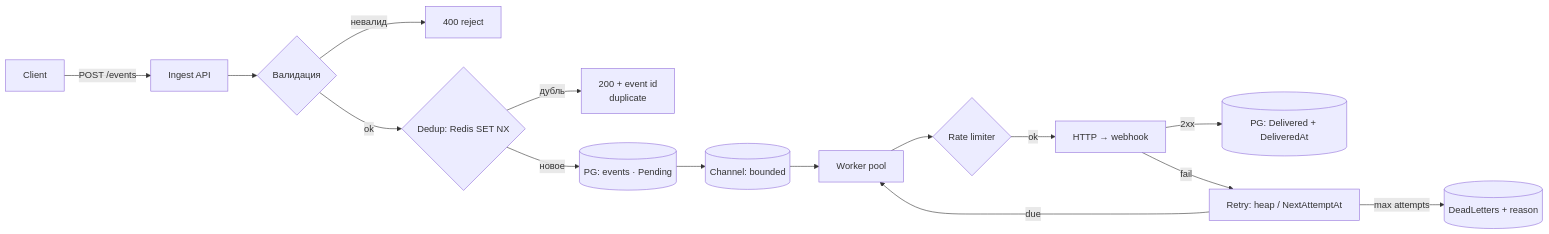
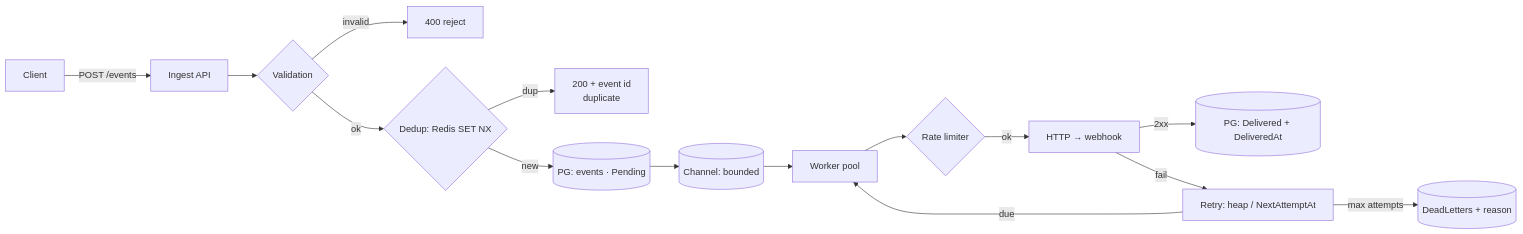
One commit to ezpectus/webhook-engine changed the second of 6 diagrams in docs/diagrams/system.md. Above: the diagram before and after it, drawn with Mermaid. The commit also changed other lines of this file and 28 other files, not shown here.

Commit message:
repo hygiene: RU mirrors + workflow docs → .devin/ (gitignored), failure-boundary map extracted to docs/, diagrams/system.md translated EN, README/authorship section

````diff
--- a/docs/diagrams/system.md
+++ b/docs/diagrams/system.md
@@ -57,17 +56,17 @@
 ```mermaid
 flowchart LR
     C[Client] -->|POST /events| A[Ingest API]
-    A --> V{Валидация}
-    V -->|невалид| R4[400 reject]
+    A --> V{Validation}
+    V -->|invalid| R4[400 reject]
     V -->|ok| D{Dedup: Redis SET NX}
-    D -->|дубль| R2[200 + event id<br/>duplicate]
-    D -->|новое| DB[(PG: events · Pending)]
+    D -->|dup| R2[200 + event id<br/>duplicate]
+    D -->|new| DB[(PG: events · Pending)]
     DB --> Q[(Channel: bounded)]
     Q --> W[Worker pool]
     W --> RL{Rate limiter}
     RL -->|ok| S[HTTP → webhook]
     S -->|2xx| ACK[(PG: Delivered + DeliveredAt)]
     S -->|fail| H[Retry: heap / NextAttemptAt]
     H -->|due| W
     H -->|max attempts| DLQ[(DeadLetters + reason)]
 ```
````
